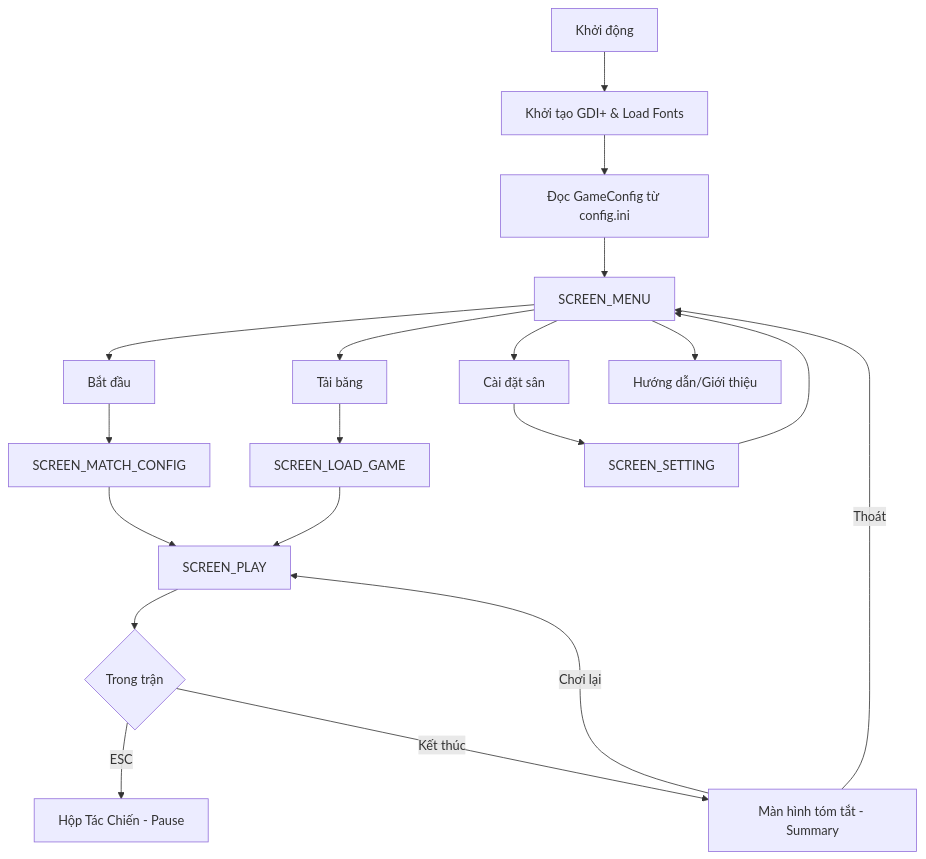
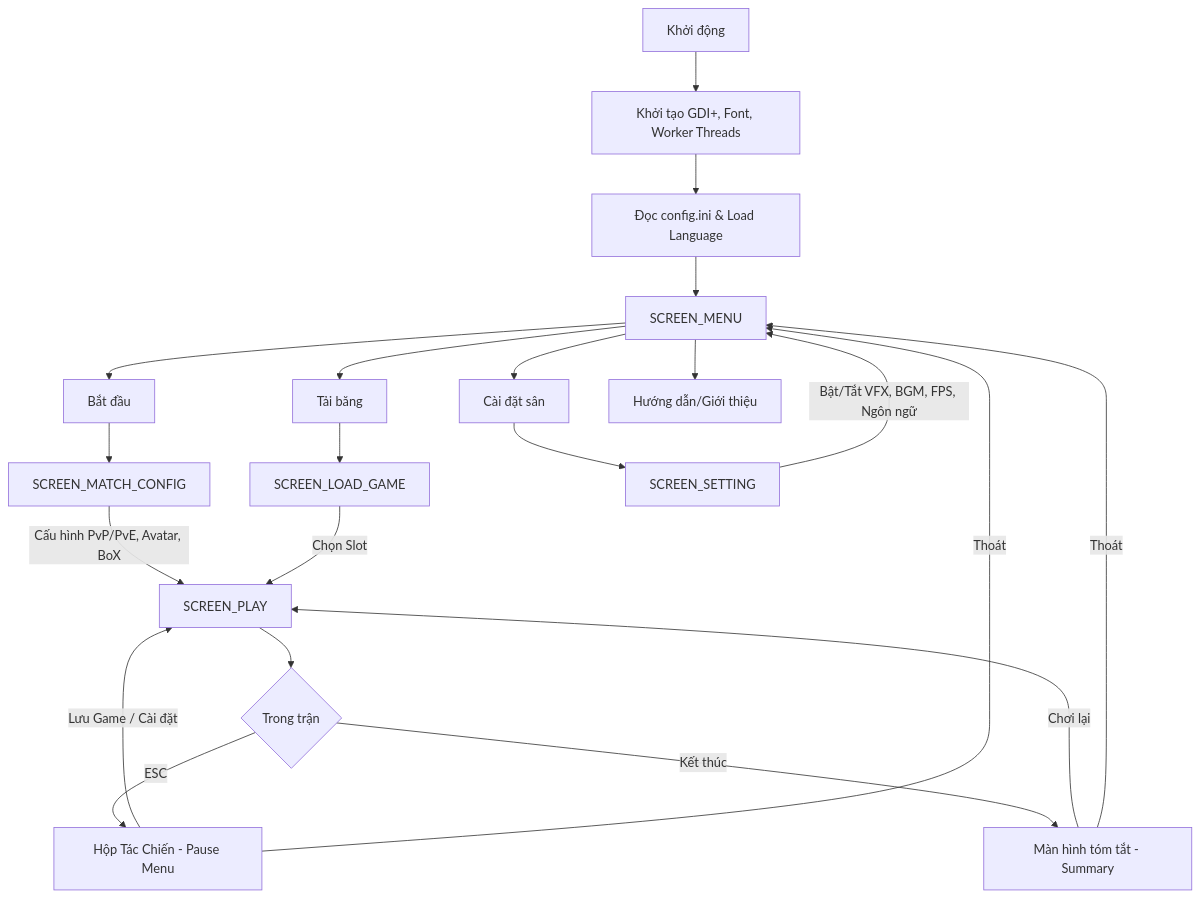
Before and after one commit to anhtuan0806/Gomoku_Game_Project: the diagram in README.md, drawn with Mermaid. The commit also changed other lines of this file and 1 other file, not shown here.

Commit message:
feat: implement Win32 entry point and main game loop for Gomoku project

````diff
--- a/README.md
+++ b/README.md
@@ -102,23 +158,25 @@
 ```mermaid
 graph TD
-    A[Khởi động] --> B[Khởi tạo GDI+ & Load Fonts]
-    B --> C[Đọc GameConfig từ config.ini]
+    A[Khởi động] --> B[Khởi tạo GDI+, Font, Worker Threads]
+    B --> C[Đọc config.ini & Load Language]
     C --> D[SCREEN_MENU]
 
     D --> E[Bắt đầu] --> F[SCREEN_MATCH_CONFIG]
-    F --> G[SCREEN_PLAY]
+    F -->|Cấu hình PvP/PvE, Avatar, BoX| G[SCREEN_PLAY]
 
     D --> H[Tải băng] --> I[SCREEN_LOAD_GAME]
-    I --> G
+    I -->|Chọn Slot| G
 
     D --> J[Cài đặt sân] --> K[SCREEN_SETTING]
-    K --> D
+    K -->|Bật/Tắt VFX, BGM, FPS, Ngôn ngữ| D
 
     D --> L[Hướng dẫn/Giới thiệu]
 
     G --> M{Trong trận}
-    M --> |ESC| N[Hộp Tác Chiến - Pause]
+    M --> |ESC| N[Hộp Tác Chiến - Pause Menu]
+    N --> |Lưu Game / Cài đặt| G
+    N --> |Thoát| D
     M --> |Kết thúc| O[Màn hình tóm tắt - Summary]
     O --> |Chơi lại| G
     O --> |Thoát| D
 ```
````
